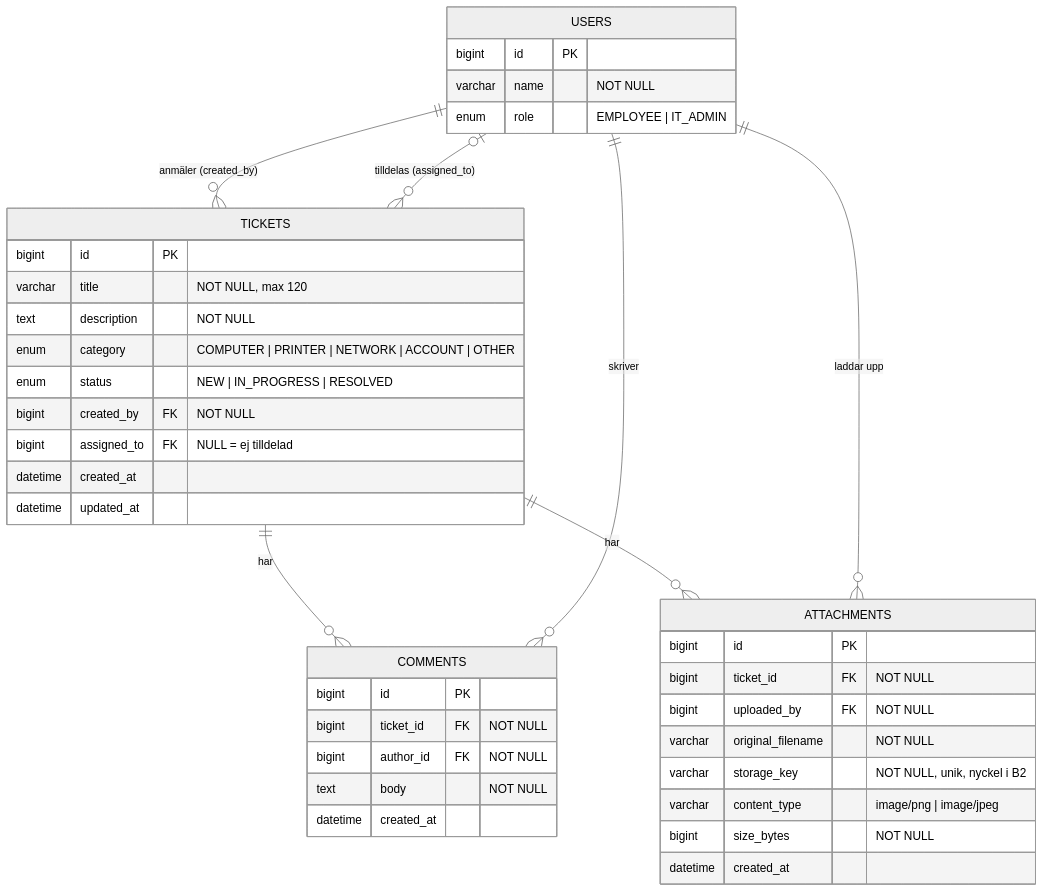
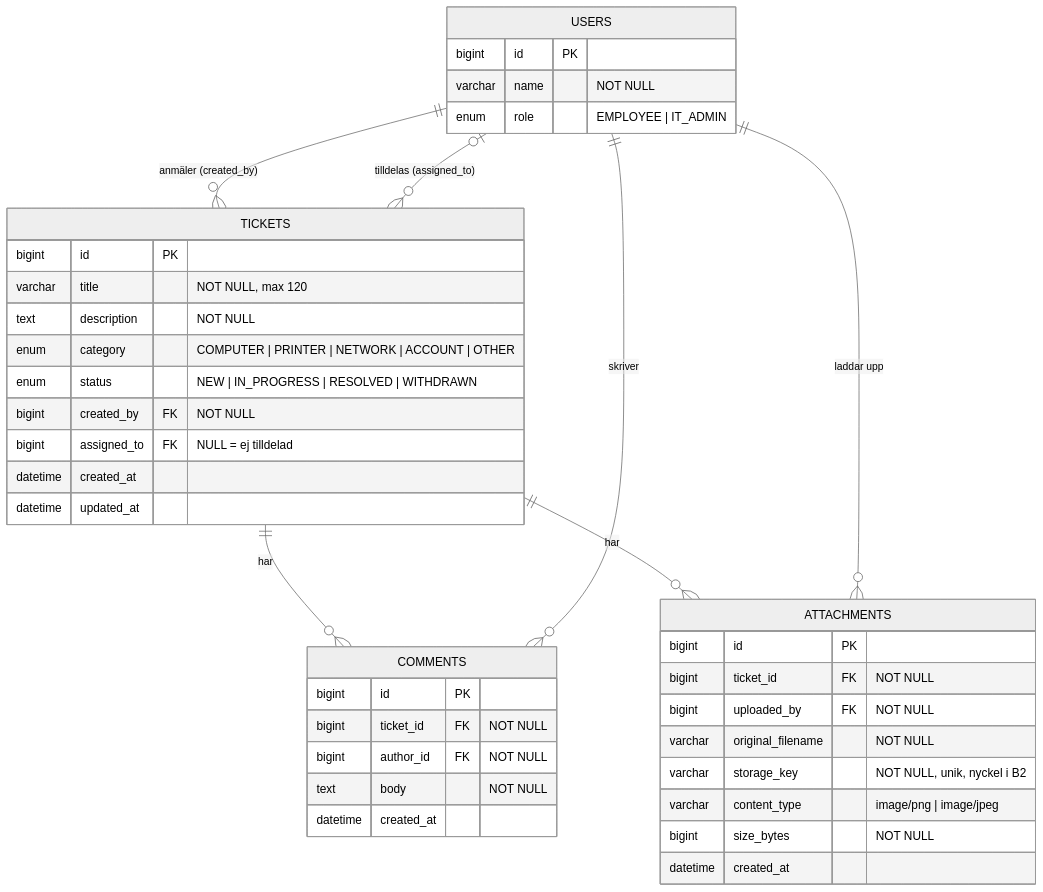
One commit to theBANDsoftware/Helpdesk_BANMD changed the diagram in docs/databasschema.md. Above: the diagram before and after it, drawn with Mermaid (neutral theme). The commit also changed 15 other files, not shown here.

````diff
--- a/docs/databasschema.md
+++ b/docs/databasschema.md
@@ -11,43 +11,43 @@
 ```mermaid
 erDiagram
     USERS ||--o{ TICKETS : "anmäler (created_by)"
     USERS |o--o{ TICKETS : "tilldelas (assigned_to)"
     TICKETS ||--o{ COMMENTS : har
     USERS ||--o{ COMMENTS : skriver
     TICKETS ||--o{ ATTACHMENTS : har
     USERS ||--o{ ATTACHMENTS : "laddar upp"
 
     USERS {
         bigint id PK
         varchar name "NOT NULL"
         enum role "EMPLOYEE | IT_ADMIN"
     }
     TICKETS {
         bigint id PK
         varchar title "NOT NULL, max 120"
         text description "NOT NULL"
         enum category "COMPUTER | PRINTER | NETWORK | ACCOUNT | OTHER"
-        enum status "NEW | IN_PROGRESS | RESOLVED"
+        enum status "NEW | IN_PROGRESS | RESOLVED | WITHDRAWN"
         bigint created_by FK "NOT NULL"
         bigint assigned_to FK "NULL = ej tilldelad"
         datetime created_at
         datetime updated_at
     }
     COMMENTS {
         bigint id PK
         bigint ticket_id FK "NOT NULL"
         bigint author_id FK "NOT NULL"
         text body "NOT NULL"
         datetime created_at
     }
     ATTACHMENTS {
         bigint id PK
         bigint ticket_id FK "NOT NULL"
         bigint uploaded_by FK "NOT NULL"
         varchar original_filename "NOT NULL"
         varchar storage_key "NOT NULL, unik, nyckel i B2"
         varchar content_type "image/png | image/jpeg"
         bigint size_bytes "NOT NULL"
         datetime created_at
     }
 ```
````
